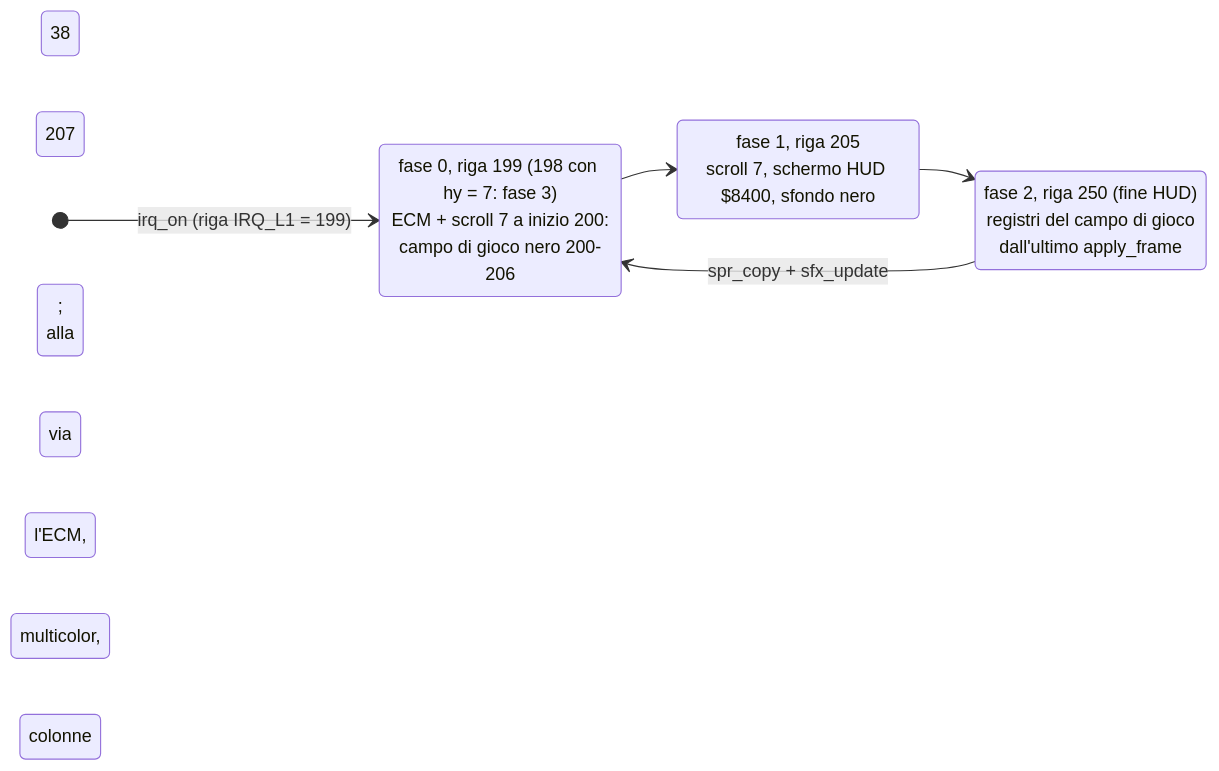
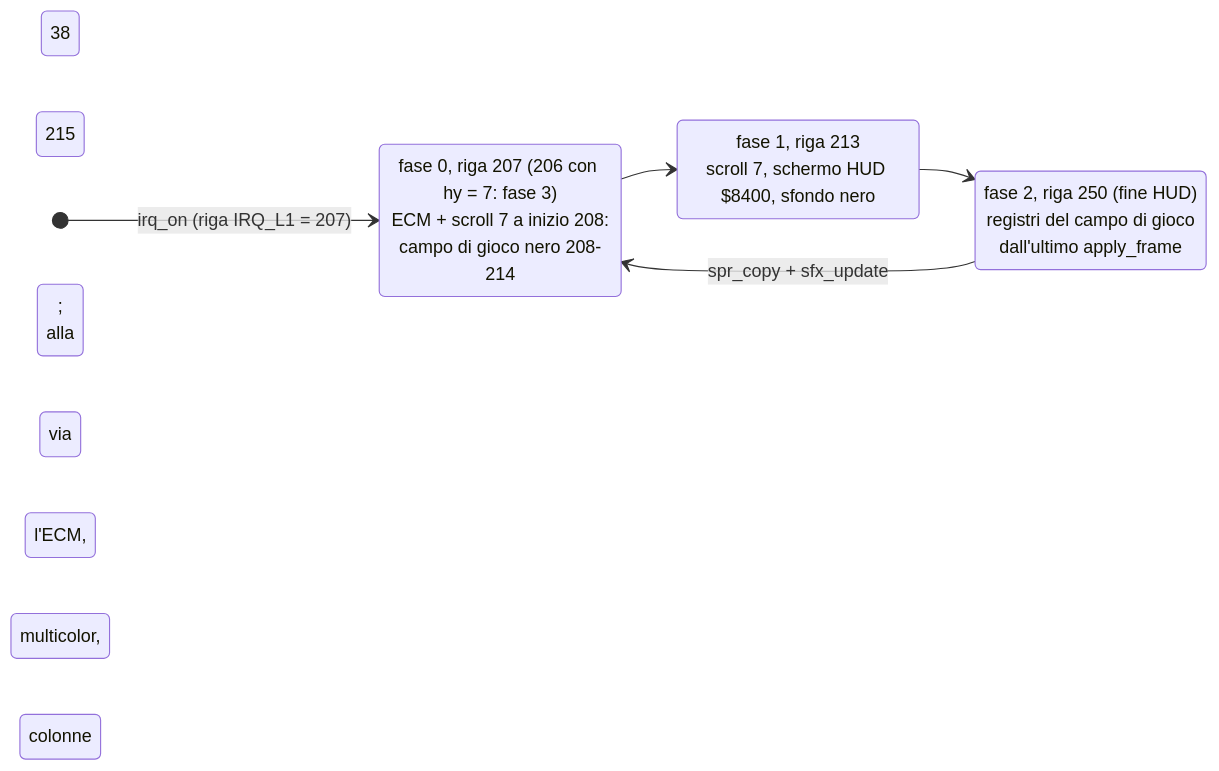
One commit to caporalesimone/barbarian-the-blood-path changed the fourth of 18 diagrams in docs/wiki/flussi.md. Above: the diagram before and after it, drawn with Mermaid. The commit also changed other lines of this file and 26 other files, not shown here.

````diff
--- a/docs/wiki/flussi.md
+++ b/docs/wiki/flussi.md
@@ -114,11 +119,11 @@
 ```mermaid
 stateDiagram-v2
     direction LR
-    [*] --> P0: irq_on (riga IRQ_L1 = 199)
-    P0: fase 0, riga 199 (198 con hy = 7: fase 3)<br/>ECM + scroll 7 a inizio 200:<br/>campo di gioco nero 200-206
-    P1: fase 1, riga 205<br/>scroll 7, schermo HUD $8400, sfondo nero;<br/>alla 207 via l'ECM, multicolor, 38 colonne
+    [*] --> P0: irq_on (riga IRQ_L1 = 207)
+    P0: fase 0, riga 207 (206 con hy = 7: fase 3)<br/>ECM + scroll 7 a inizio 208:<br/>campo di gioco nero 208-214
+    P1: fase 1, riga 213<br/>scroll 7, schermo HUD $8400, sfondo nero;<br/>alla 215 via l'ECM, multicolor, 38 colonne
     P2: fase 2, riga 250 (fine HUD)<br/>registri del campo di gioco<br/>dall'ultimo apply_frame
     P0 --> P1
     P1 --> P2
     P2 --> P0: spr_copy + sfx_update
 ```
````
